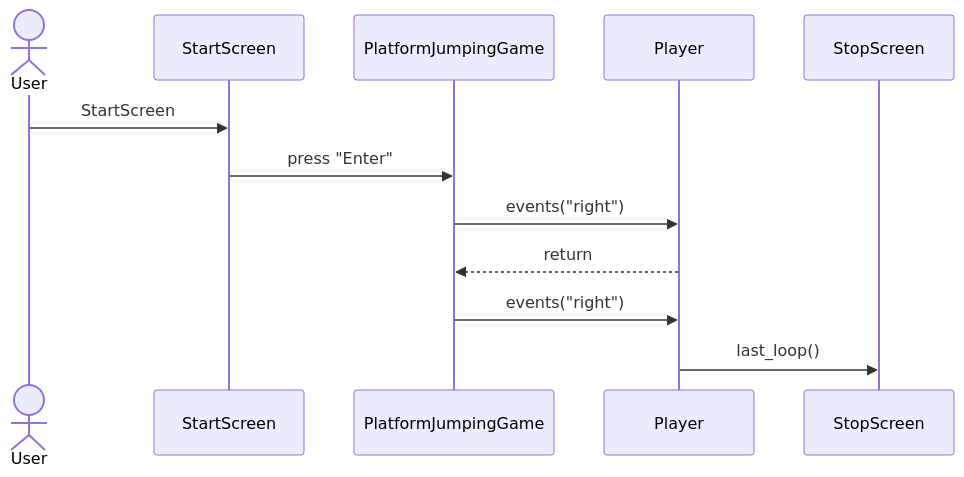
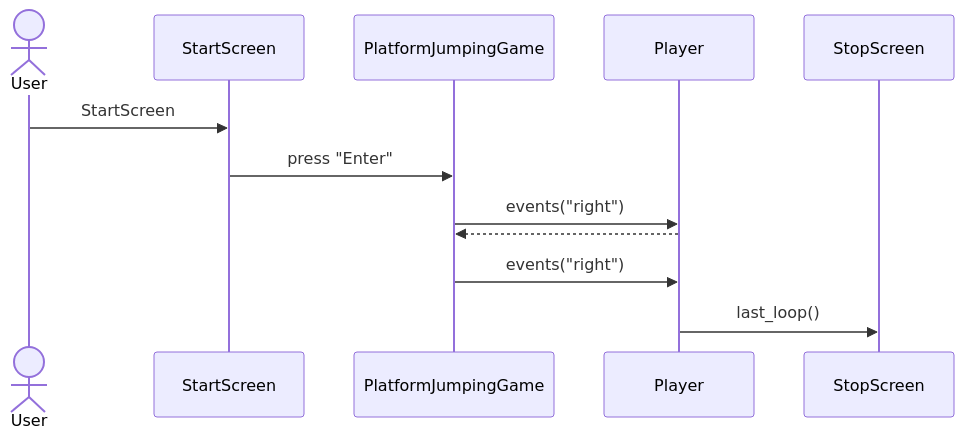
Before and after one commit to ElisaMero/ot_harjoitustyo: the second of 2 diagrams in dokumentaatio/arkkitehtuuri.md, drawn with Mermaid. The commit also changed other lines of this file, not shown here.

````diff
--- a/dokumentaatio/arkkitehtuuri.md
+++ b/dokumentaatio/arkkitehtuuri.md
@@ -13,15 +13,15 @@
 ```mermaid
 sequenceDiagram
   actor User
   participant StartScreen
   participant PlatformJumpingGame
   participant Player
   participant StopScreen
   User->>StartScreen: StartScreen
   StartScreen->>PlatformJumpingGame: press "Enter"
   PlatformJumpingGame->>Player: events("right")
-  Player-->>PlatformJumpingGame: return
+  Player-->>PlatformJumpingGame: 
   PlatformJumpingGame->>Player: events("right")
   Player->>StopScreen: last_loop()
    
 ```
````
